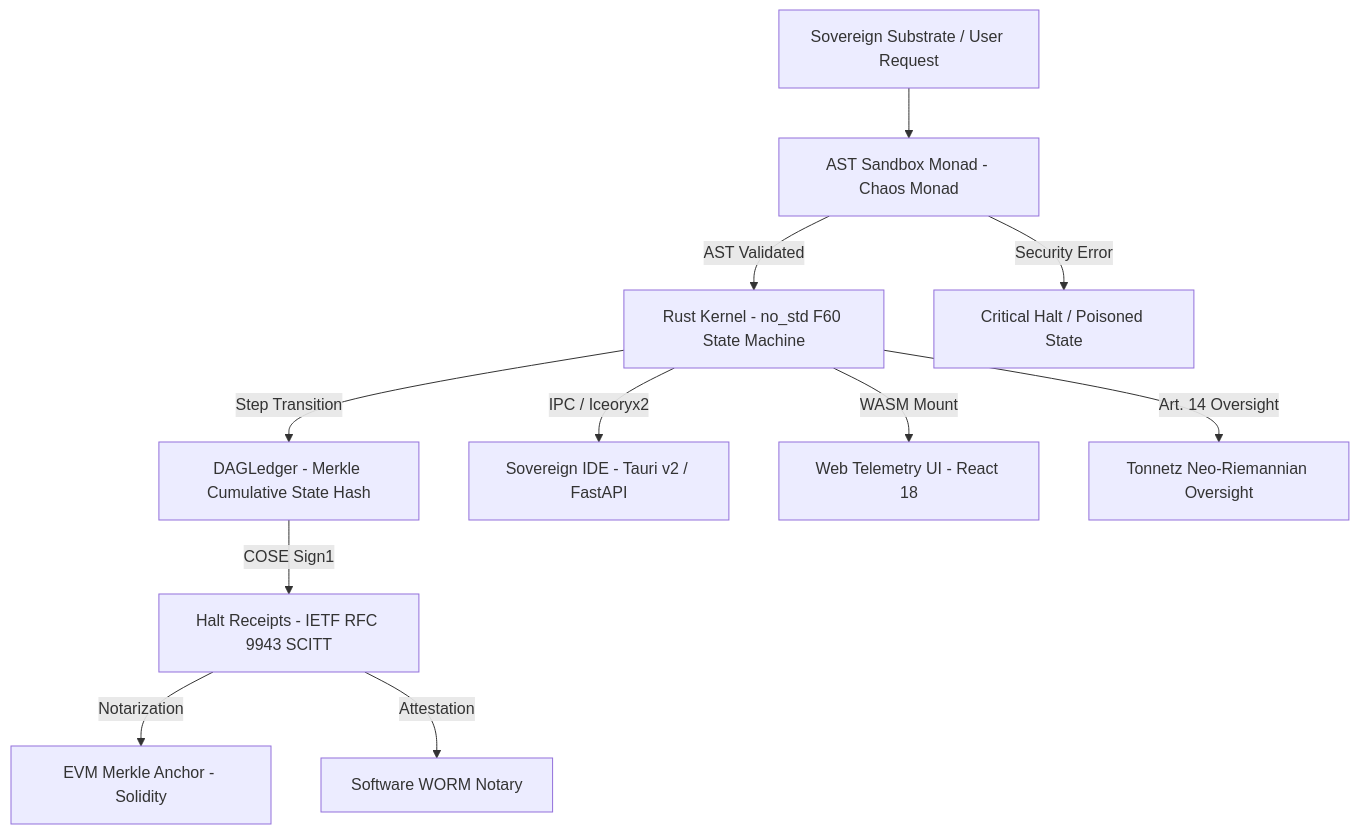
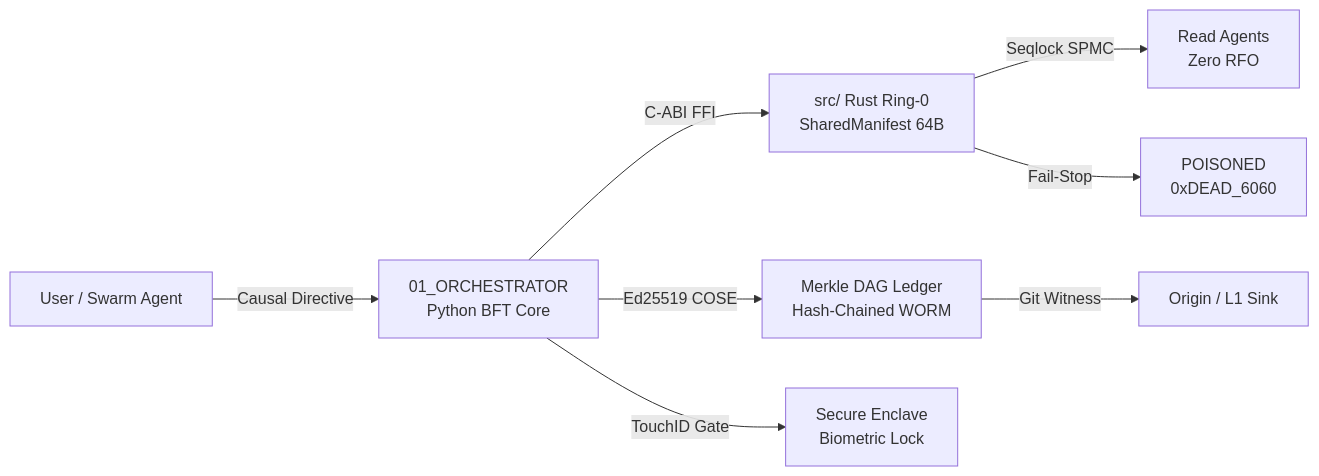
The diagram in docs/README.md (borjamoskv/BABYLON-60), drawn with Mermaid before and after one commit. The commit also changed other lines of this file and 11 other files, not shown here.

Commit message:
[AX-12] ORCHESTRATOR+DOCS: Aplanamiento AST INV_C5_13, eliminación bucles no acotados INV_C5_19 y reescritura documental con rutas canónicas relativas (84 links verificados, 0 rotos)

````diff
--- a/docs/README.md
+++ b/docs/README.md
@@ -29,16 +73,10 @@
 ```mermaid
-graph TD
-    Sub[Sovereign Substrate / User Request] --> AST[AST Sandbox Monad - Chaos Monad]
-    AST -->|AST Validated| Kernel[Rust Kernel - no_std F60 State Machine]
-    AST -->|Security Error| Fail[Critical Halt / Poisoned State]
-    
-    Kernel -->|Step Transition| Ledger[DAGLedger - Merkle Cumulative State Hash]
-    Ledger -->|COSE Sign1| Receipt[Halt Receipts - IETF RFC 9943 SCITT]
-    
-    Kernel -->|IPC / Iceoryx2| IDE[Sovereign IDE - Tauri v2 / FastAPI]
-    Kernel -->|WASM Mount| WebUI[Web Telemetry UI - React 18]
-    Kernel -->|Art. 14 Oversight| Tonnetz[Tonnetz Neo-Riemannian Oversight]
-    
-    Receipt -->|Notarization| EVM[EVM Merkle Anchor - Solidity]
-    Receipt -->|Attestation| WORM[Software WORM Notary]
+graph LR
+    A[User / Swarm Agent] -->|Causal Directive| B[01_ORCHESTRATOR<br/>Python BFT Core]
+    B -->|C-ABI FFI| C[src/ Rust Ring-0<br/>SharedManifest 64B]
+    C -->|Seqlock SPMC| D[Read Agents<br/>Zero RFO]
+    C -->|Fail-Stop| E[POISONED<br/>0xDEAD_6060]
+    B -->|Ed25519 COSE| F[Merkle DAG Ledger<br/>Hash-Chained WORM]
+    F -->|Git Witness| G[Origin / L1 Sink]
+    B -->|TouchID Gate| H[Secure Enclave<br/>Biometric Lock]
 ```
````
